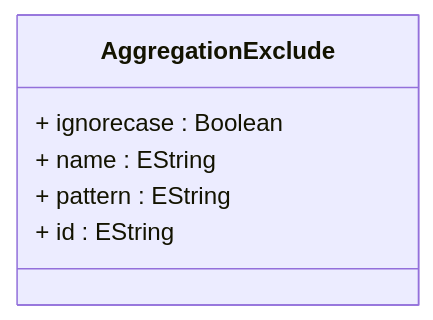
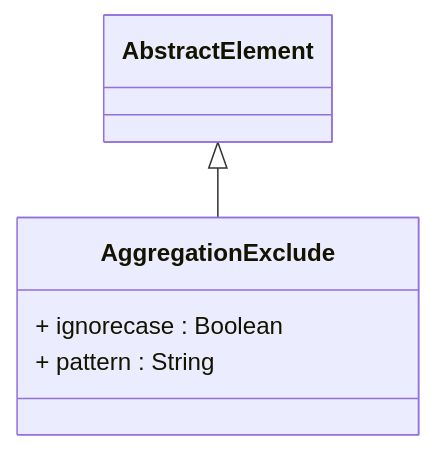
Before and after one commit to eclipse-daanse/eclipse-daanse.github.io: the diagram in docs/cubeserver/model/class-AggregationExclude.md, drawn with Mermaid. The commit also changed other lines of this file and 138 other files, not shown here.

````diff
--- a/docs/cubeserver/model/class-AggregationExclude.md
+++ b/docs/cubeserver/model/class-AggregationExclude.md
@@ -96,12 +78,10 @@
 ```mermaid
 classDiagram
   class AggregationExclude {
     + ignorecase : Boolean
-    + name : EString
-    + pattern : EString
-    + id : EString
+    + pattern : String
   }
 
-
+  AbstractElement <|-- AggregationExclude
 
 ```
````
